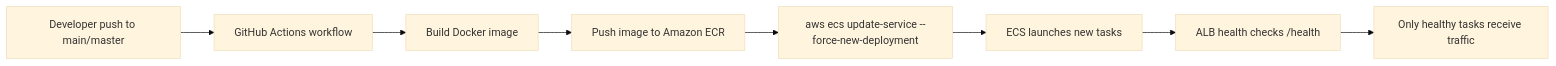
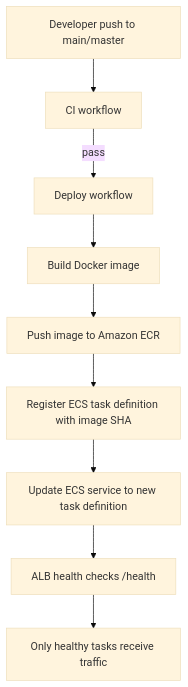
One commit to balajiCV3000/ev-queue changed the diagram in README.md. Above: the diagram before and after it, drawn with Mermaid (base theme). The commit also changed other lines of this file, not shown here.

````diff
--- a/README.md
+++ b/README.md
@@ -132,10 +128,11 @@
 ```mermaid
-flowchart LR
-  A[Developer push to main/master] --> B[GitHub Actions workflow]
-  B --> C[Build Docker image]
-  C --> D[Push image to Amazon ECR]
-  D --> E[aws ecs update-service --force-new-deployment]
-  E --> F[ECS launches new tasks]
-  F --> G[ALB health checks /health]
-  G --> H[Only healthy tasks receive traffic]
+flowchart TD
+  A[Developer push to main/master] --> B[CI workflow]
+  B -->|pass| C[Deploy workflow]
+  C --> D[Build Docker image]
+  D --> E[Push image to Amazon ECR]
+  E --> F[Register ECS task definition with image SHA]
+  F --> G[Update ECS service to new task definition]
+  G --> H[ALB health checks /health]
+  H --> I[Only healthy tasks receive traffic]
 ```
````
